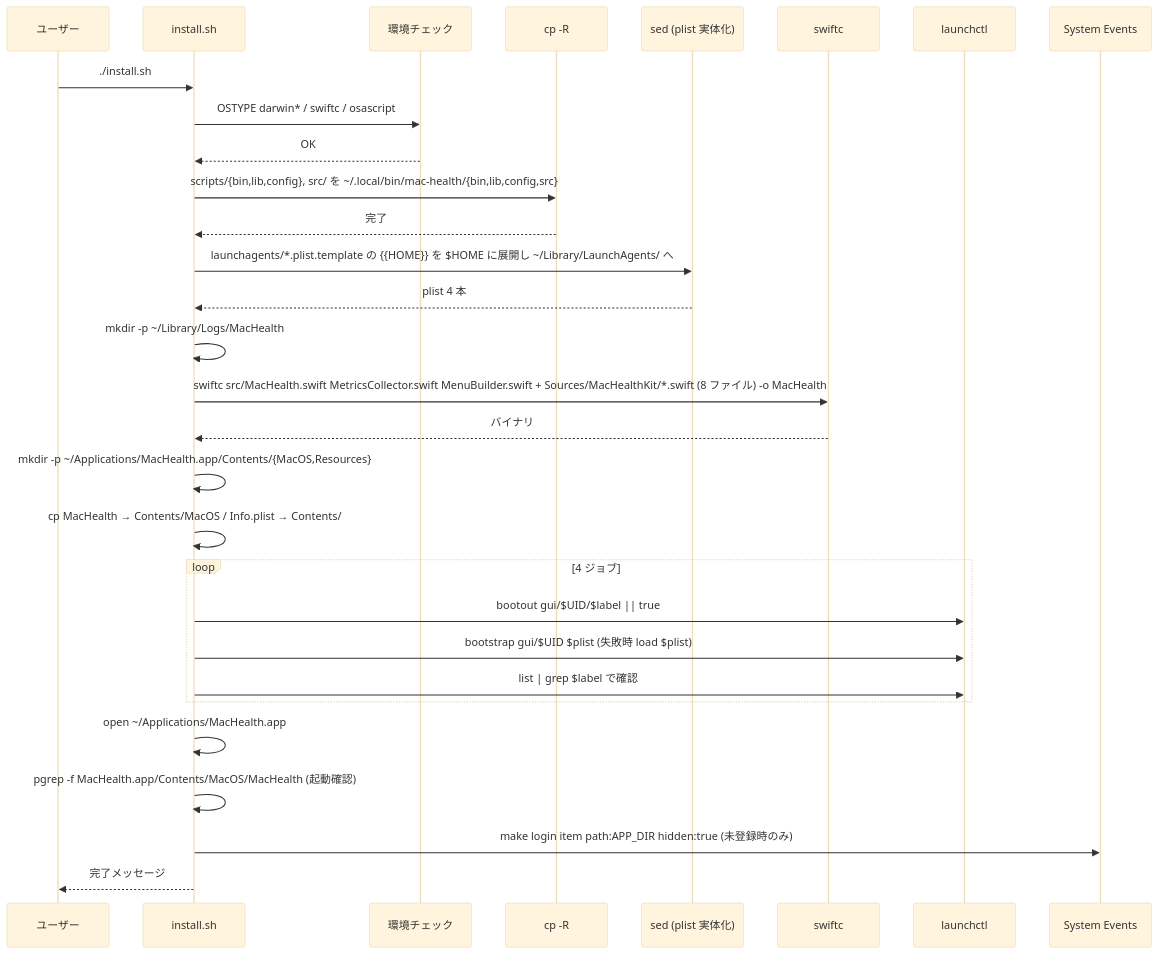
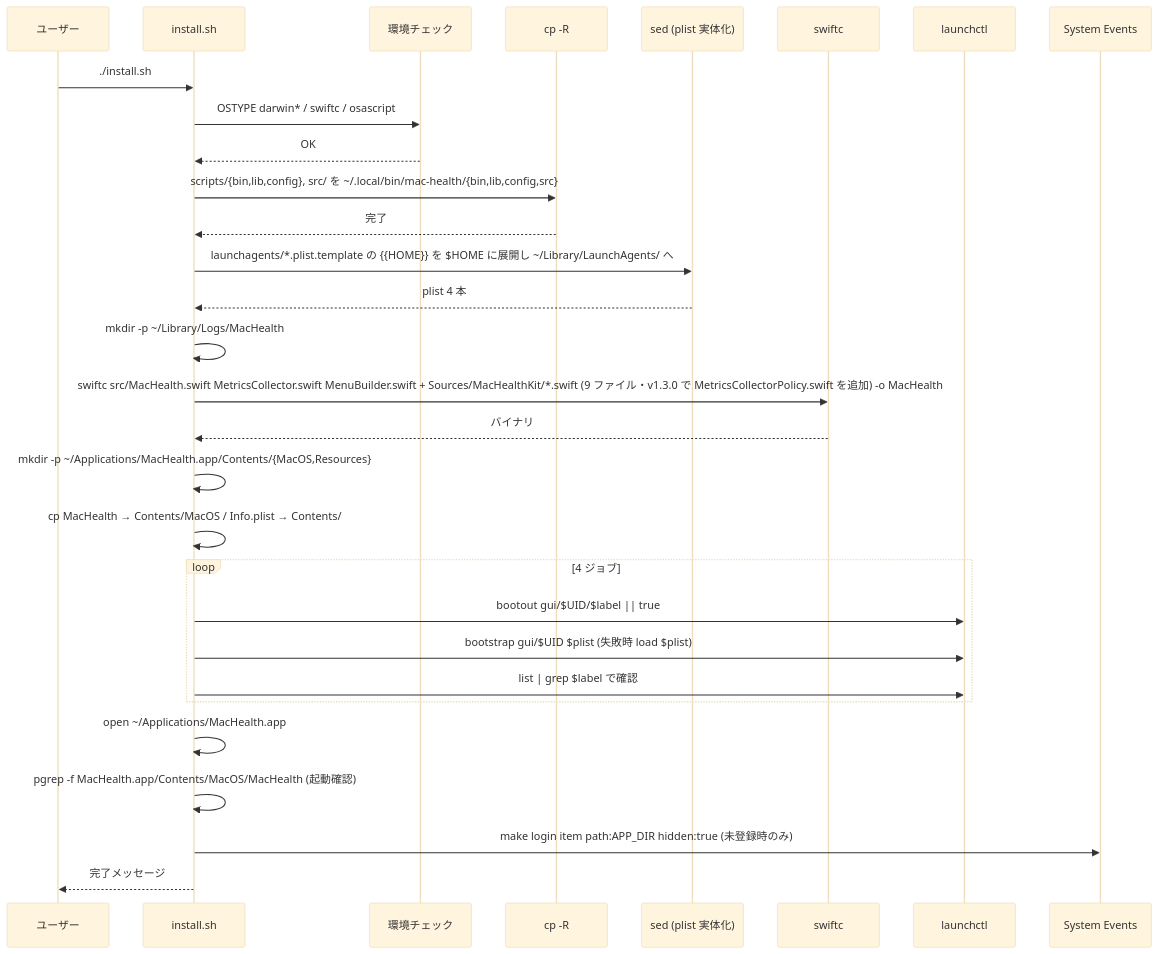
One commit to RUA-PROM/mac-healh-keeper changed the first of 2 diagrams in docs/04_機能設計/LaunchAgent配備/README.md. Above: the diagram before and after it, drawn with Mermaid (base theme). The commit also changed other lines of this file and 37 other files, not shown here.

````diff
--- a/docs/04_機能設計/LaunchAgent配備/README.md
+++ b/docs/04_機能設計/LaunchAgent配備/README.md
@@ -15,33 +27,33 @@
 ```mermaid
 sequenceDiagram
     participant U as ユーザー
     participant SH as install.sh
     participant ENV as 環境チェック
     participant CP as cp -R
     participant SED as sed (plist 実体化)
     participant SC as swiftc
     participant LCTL as launchctl
     participant SE as System Events
 
     U->>SH: ./install.sh
     SH->>ENV: OSTYPE darwin* / swiftc / osascript
     ENV-->>SH: OK
     SH->>CP: scripts/{bin,lib,config}, src/ を ~/.local/bin/mac-health/{bin,lib,config,src}
     CP-->>SH: 完了
     SH->>SED: launchagents/*.plist.template の {{HOME}} を $HOME に展開し ~/Library/LaunchAgents/ へ
     SED-->>SH: plist 4 本
     SH->>SH: mkdir -p ~/Library/Logs/MacHealth
-    SH->>SC: swiftc src/MacHealth.swift MetricsCollector.swift MenuBuilder.swift + Sources/MacHealthKit/*.swift (8 ファイル) -o MacHealth
+    SH->>SC: swiftc src/MacHealth.swift MetricsCollector.swift MenuBuilder.swift + Sources/MacHealthKit/*.swift (9 ファイル・v1.3.0 で MetricsCollectorPolicy.swift を追加) -o MacHealth
     SC-->>SH: バイナリ
     SH->>SH: mkdir -p ~/Applications/MacHealth.app/Contents/{MacOS,Resources}
     SH->>SH: cp MacHealth → Contents/MacOS / Info.plist → Contents/
     loop 4 ジョブ
         SH->>LCTL: bootout gui/$UID/$label || true
         SH->>LCTL: bootstrap gui/$UID $plist (失敗時 load $plist)
         SH->>LCTL: list | grep $label で確認
     end
     SH->>SH: open ~/Applications/MacHealth.app
     SH->>SH: pgrep -f MacHealth.app/Contents/MacOS/MacHealth (起動確認)
     SH->>SE: make login item path:APP_DIR hidden:true (未登録時のみ)
     SH-->>U: 完了メッセージ
 ```
````
